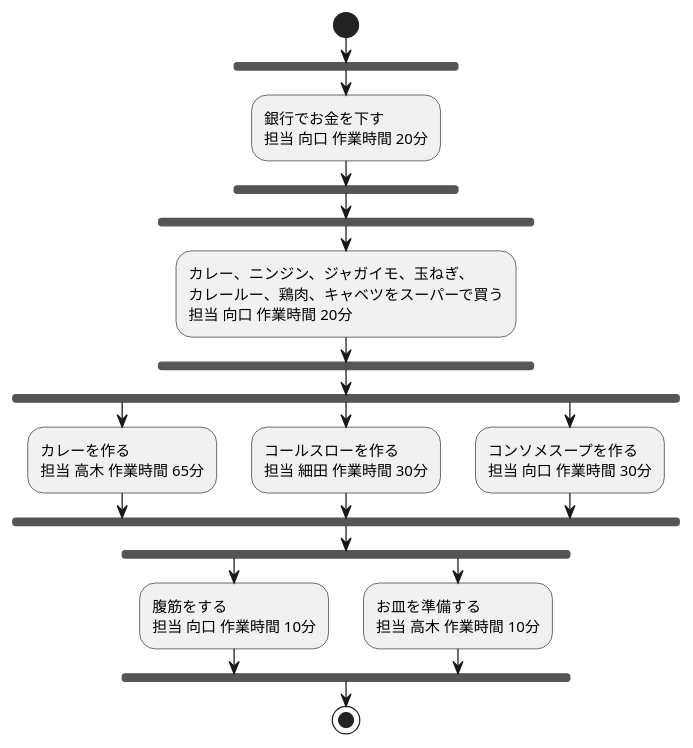
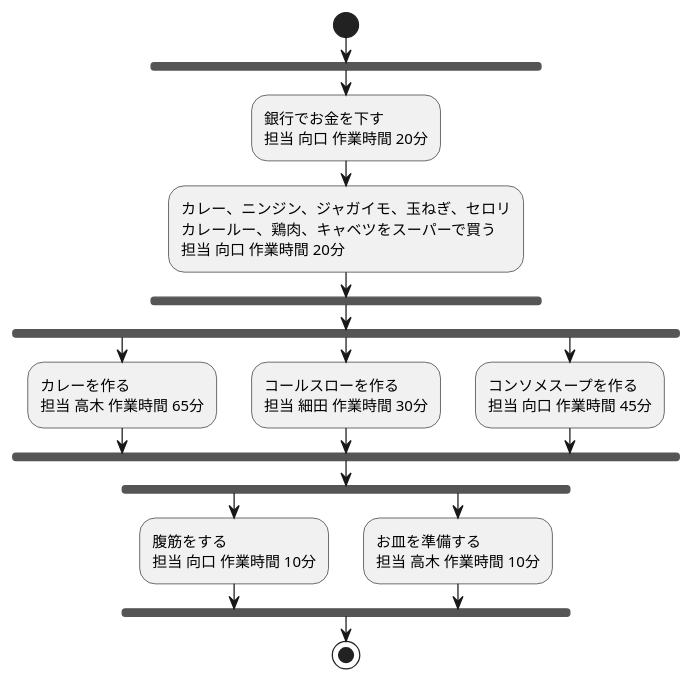
Before and after one commit to Morijyobi-guchi/dinner_project: the diagram in 依存関係図_夕食をつくる.pu, drawn with PlantUML. The commit also changed 5 other files, not shown here.

```diff
--- a/依存関係図_夕食をつくる.pu
+++ b/依存関係図_夕食をつくる.pu
@@ -1,28 +1,26 @@
 @startuml sample
 start
 fork
   :銀行でお金を下す
   担当 向口 作業時間 20分;
-end fork
-fork
-  :カレー、ニンジン、ジャガイモ、玉ねぎ、\nカレールー、鶏肉、キャベツをスーパーで買う\n担当 向口 作業時間 20分;
+  :カレー、ニンジン、ジャガイモ、玉ねぎ、セロリ\nカレールー、鶏肉、キャベツをスーパーで買う\n担当 向口 作業時間 20分;
 end fork
 fork
   :カレーを作る
   担当 高木 作業時間 65分;
 fork again
   :コールスローを作る
   担当 細田 作業時間 30分;
 fork again
   :コンソメスープを作る
-  担当 向口 作業時間 30分;
+  担当 向口 作業時間 45分;
 end fork
 fork
   :腹筋をする
   担当 向口 作業時間 10分;
 fork again
   :お皿を準備する
   担当 高木 作業時間 10分;
 end fork
 stop
 @enduml
```
